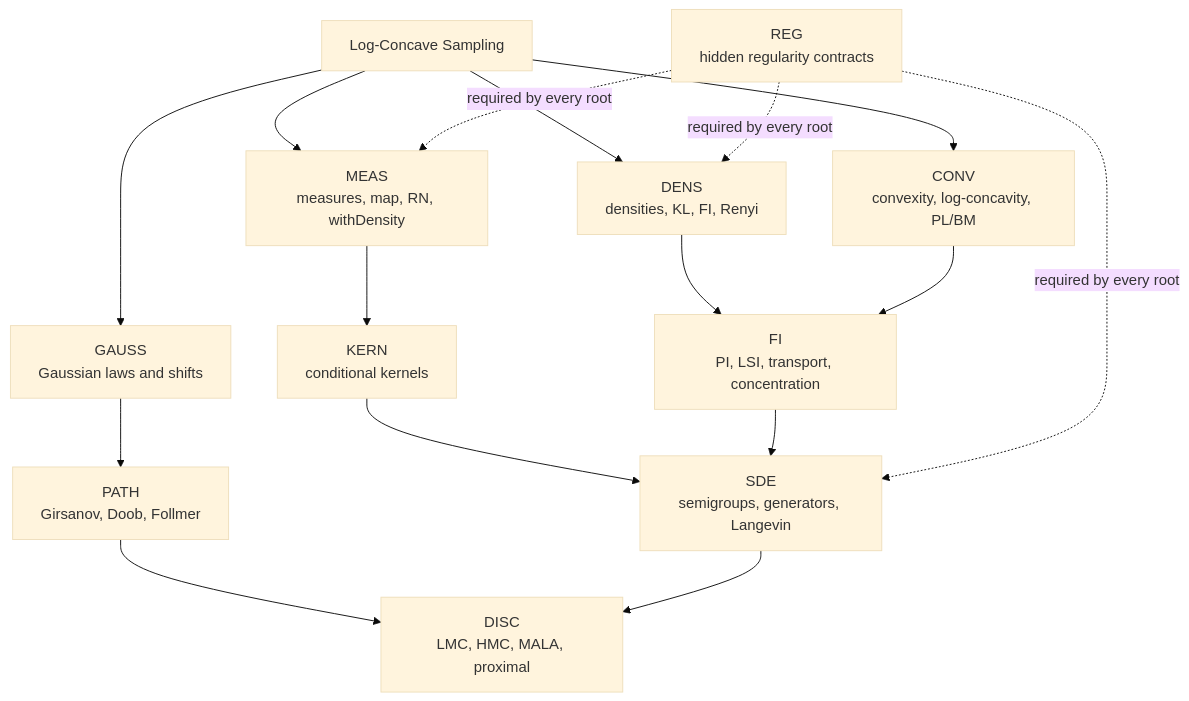
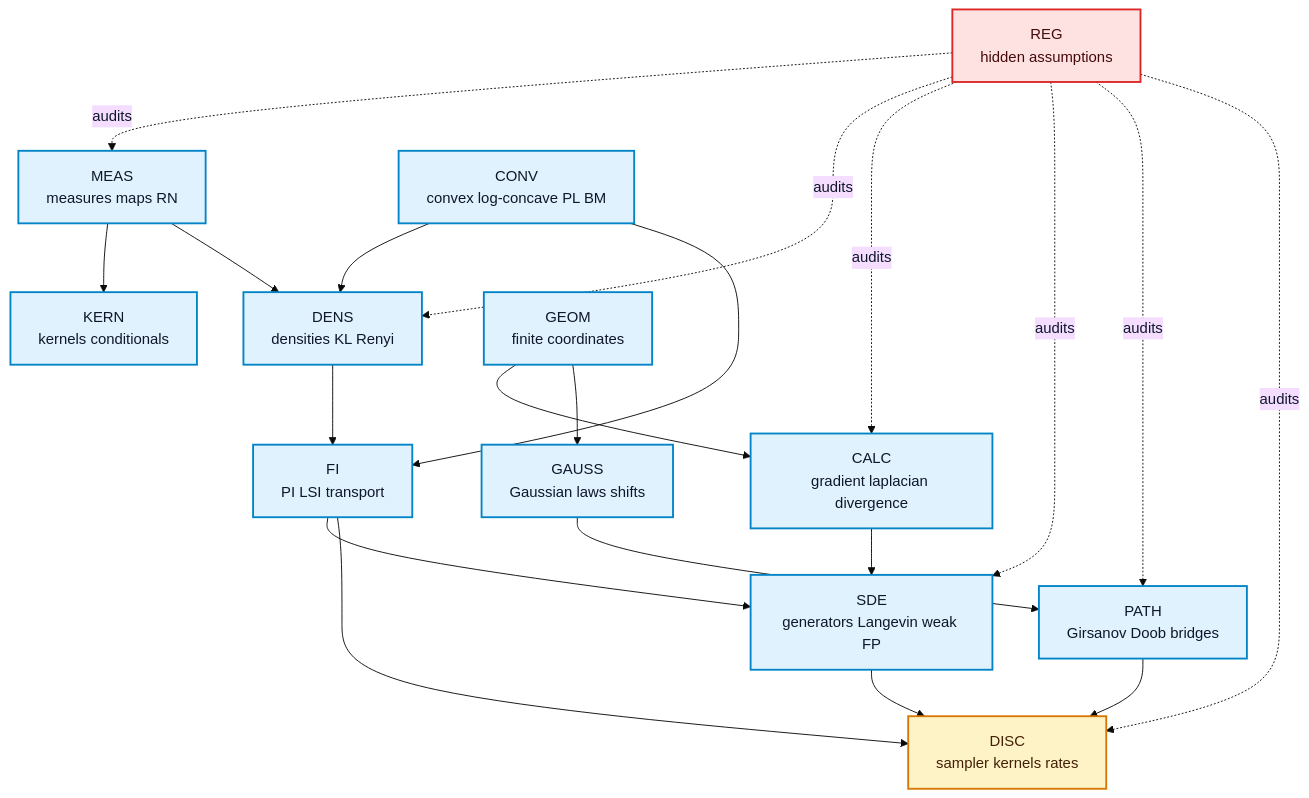
One commit to DakeBU/Auto-Sampling-Theory-In-Sleep changed the third of 13 diagrams in README.md. Above: the diagram before and after it, drawn with Mermaid (base theme). The commit also changed other lines of this file and 149 other files, not shown here.

````diff
--- a/README.md
+++ b/README.md
@@ -76,23 +140,39 @@
 ```mermaid
 flowchart TD
-  LCS[Log-Concave Sampling]
-  MEAS[MEAS<br/>measures, map, RN, withDensity]
-  KERN[KERN<br/>conditional kernels]
-  DENS[DENS<br/>densities, KL, FI, Renyi]
-  GAUSS[GAUSS<br/>Gaussian laws and shifts]
-  CONV[CONV<br/>convexity, log-concavity, PL/BM]
-  FI[FI<br/>PI, LSI, transport, concentration]
-  SDE[SDE<br/>semigroups, generators, Langevin]
-  PATH[PATH<br/>Girsanov, Doob, Follmer]
-  DISC[DISC<br/>LMC, HMC, MALA, proximal]
-  REG[REG<br/>hidden regularity contracts]
+  MEAS[MEAS<br/>measures maps RN]:::root
+  KERN[KERN<br/>kernels conditionals]:::root
+  DENS[DENS<br/>densities KL Renyi]:::root
+  CONV[CONV<br/>convex log-concave PL BM]:::root
+  GEOM[GEOM<br/>finite coordinates]:::root
+  CALC[CALC<br/>gradient laplacian divergence]:::root
+  GAUSS[GAUSS<br/>Gaussian laws shifts]:::root
+  FI[FI<br/>PI LSI transport]:::root
+  SDE[SDE<br/>generators Langevin weak FP]:::root
+  PATH[PATH<br/>Girsanov Doob bridges]:::root
+  DISC[DISC<br/>sampler kernels rates]:::consumer
+  REG[REG<br/>hidden assumptions]:::red
 
-  LCS --> MEAS --> KERN --> SDE
-  LCS --> DENS --> FI --> SDE
-  LCS --> GAUSS --> PATH --> DISC
-  LCS --> CONV --> FI
+  MEAS --> KERN
+  MEAS --> DENS
+  CONV --> DENS
+  GEOM --> CALC
+  GEOM --> GAUSS
+  DENS --> FI
+  CONV --> FI
+  FI --> SDE
+  CALC --> SDE
+  GAUSS --> PATH
   SDE --> DISC
-  REG -. required by every root .-> MEAS
-  REG -. required by every root .-> DENS
-  REG -. required by every root .-> SDE
+  PATH --> DISC
+  FI --> DISC
+  REG -. audits .-> MEAS
+  REG -. audits .-> DENS
+  REG -. audits .-> CALC
+  REG -. audits .-> SDE
+  REG -. audits .-> PATH
+  REG -. audits .-> DISC
+
+  classDef root fill:#e0f2fe,stroke:#0284c7,color:#0f172a,stroke-width:2px;
+  classDef consumer fill:#fef3c7,stroke:#d97706,color:#422006,stroke-width:2px;
+  classDef red fill:#fee2e2,stroke:#dc2626,color:#450a0a,stroke-width:2px;
 ```
````
